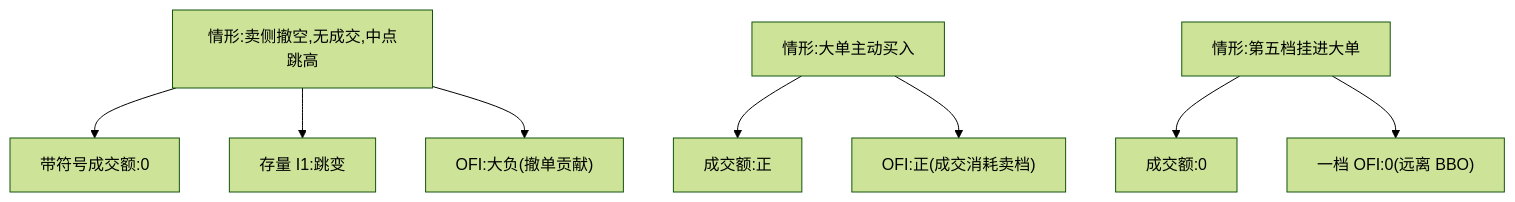
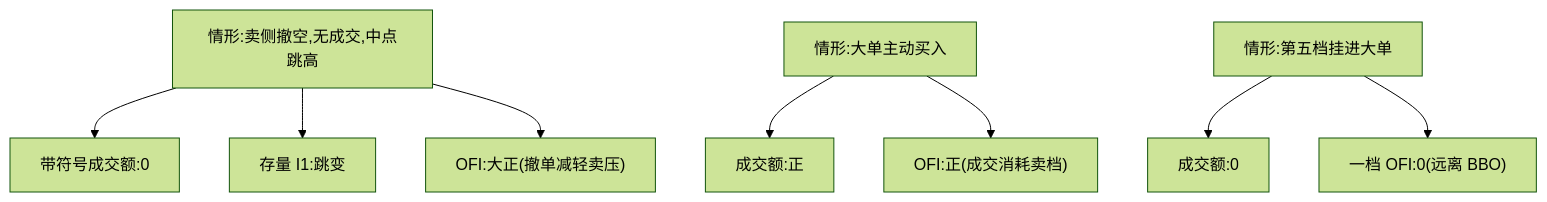
The first of 2 diagrams in docs/quant/ofi-cont.md (xhongduo-tech/xhongduo-tech.github.io), drawn with Mermaid (forest theme) before and after one commit. The commit also changed 3 other files, not shown here.

````diff
--- a/docs/quant/ofi-cont.md
+++ b/docs/quant/ofi-cont.md
@@ -66,10 +66,10 @@
 ```mermaid
 flowchart TD
   S1["情形:卖侧撤空,无成交,中点跳高"] --> A1["带符号成交额:0"]
   S1 --> A2["存量 I1:跳变"]
-  S1 --> A3["OFI:大负(撤单贡献)"]
+  S1 --> A3["OFI:大正(撤单减轻卖压)"]
   S2["情形:大单主动买入"] --> B1["成交额:正"]
   S2 --> B2["OFI:正(成交消耗卖档)"]
   S3["情形:第五档挂进大单"] --> C1["成交额:0"]
   S3 --> C2["一档 OFI:0(远离 BBO)"]
 ```
````
